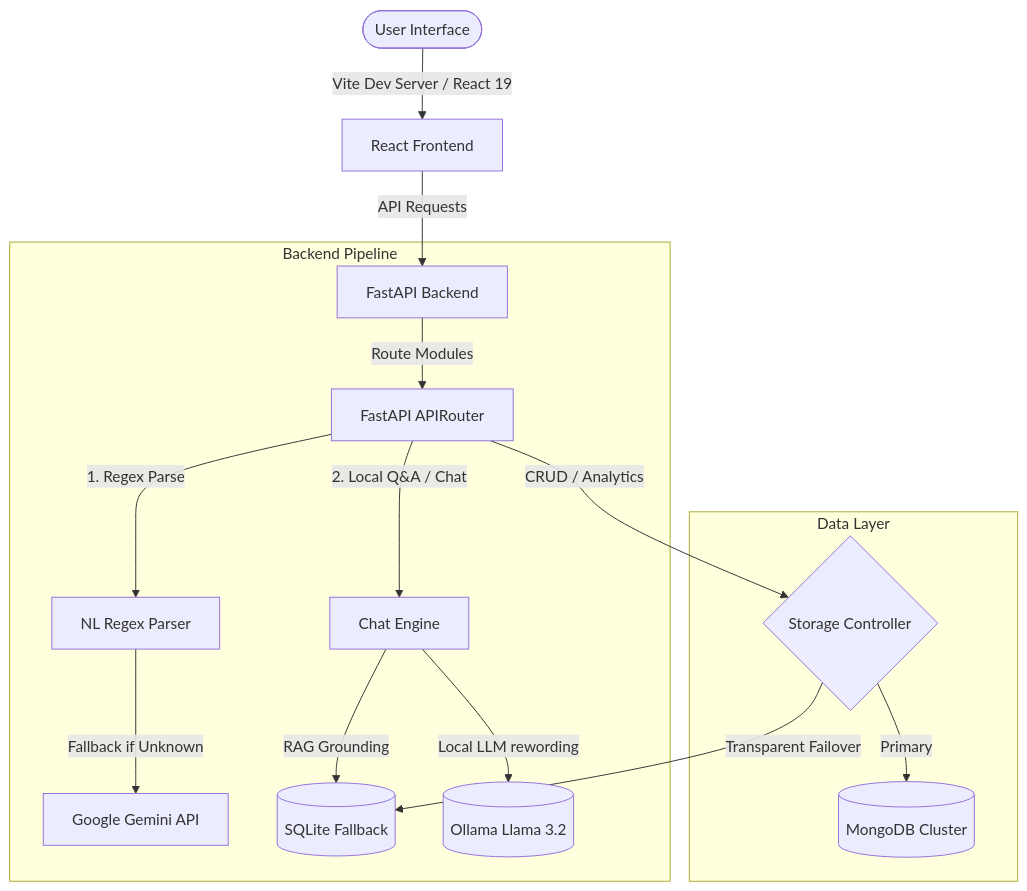
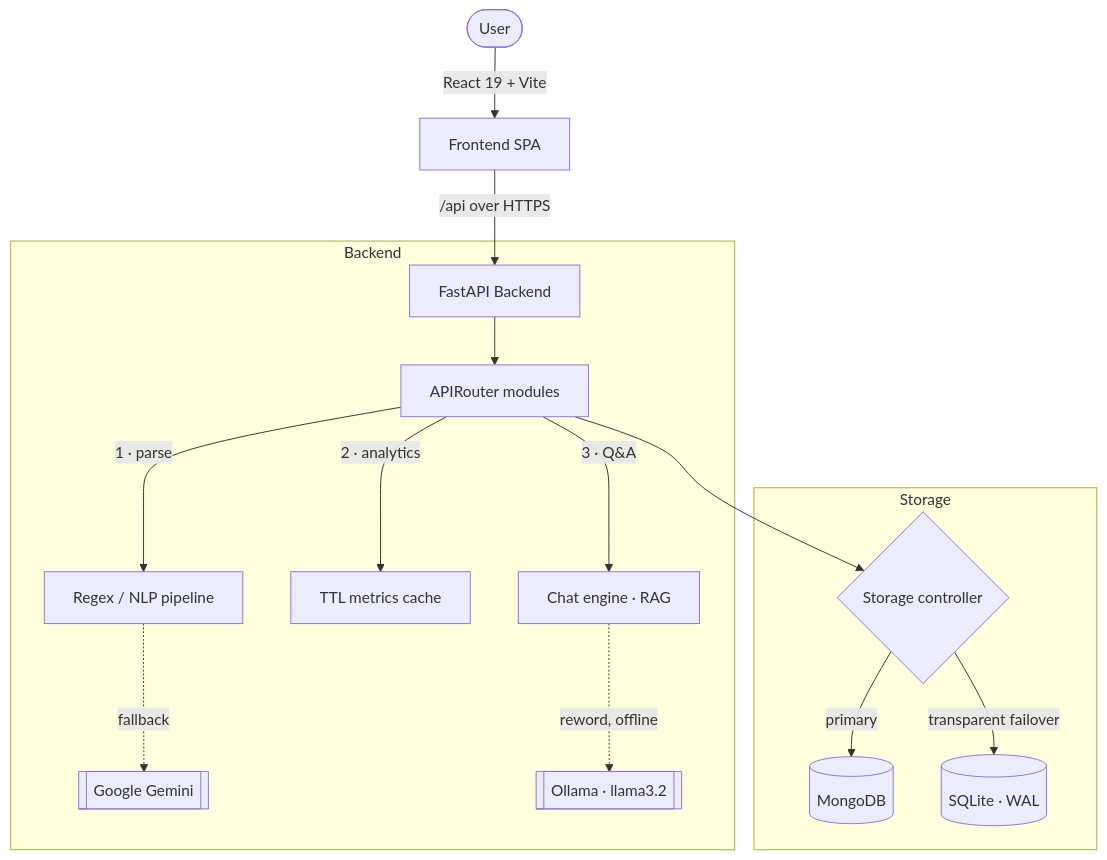
The diagram in README.md (anshuldhiman-ai/Batua), drawn with Mermaid before and after one commit. The commit also changed other lines of this file and 8 other files, not shown here.

````diff
--- a/README.md
+++ b/README.md
@@ -21,20 +77,20 @@
 ```mermaid
 graph TD
-    User([User Interface]) -->|Vite Dev Server / React 19| FE[React Frontend]
-    FE -->|API Requests| BE[FastAPI Backend]
-    
-    subgraph Backend Pipeline
-        BE -->|Route Modules| Router[FastAPI APIRouter]
-        Router -->|1. Regex Parse| Parser[NL Regex Parser]
-        Parser -->|Fallback if Unknown| Gemini[Google Gemini API]
-        Router -->|2. Local Q&A / Chat| ChatEngine[Chat Engine]
-        ChatEngine -->|RAG Grounding| SQLiteDB[(SQLite Fallback)]
-        ChatEngine -->|Local LLM rewording| Ollama[(Ollama Llama 3.2)]
+    User([User]) -->|React 19 + Vite| FE[Frontend SPA]
+    FE -->|/api over HTTPS| BE[FastAPI Backend]
+
+    subgraph Backend
+        BE --> Router[APIRouter modules]
+        Router -->|1 · parse| Parser[Regex / NLP pipeline]
+        Parser -.->|fallback| Gemini[[Google Gemini]]
+        Router -->|2 · analytics| Cache[TTL metrics cache]
+        Router -->|3 · Q&A| Chat[Chat engine · RAG]
+        Chat -.->|reword, offline| Ollama[[Ollama · llama3.2]]
     end
-    
-    subgraph Data Layer
-        Router -->|CRUD / Analytics| Storage{Storage Controller}
-        Storage -->|Primary| MongoDB[(MongoDB Cluster)]
-        Storage -->|Transparent Failover| SQLiteDB
+
+    subgraph Storage
+        Router --> Ctrl{Storage controller}
+        Ctrl -->|primary| Mongo[(MongoDB)]
+        Ctrl -->|transparent failover| SQLite[(SQLite · WAL)]
     end
 ```
````
